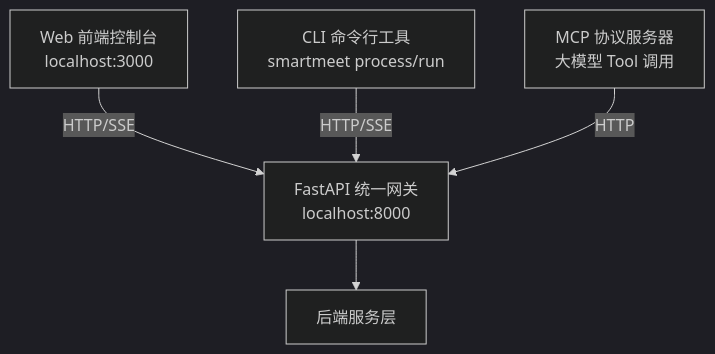
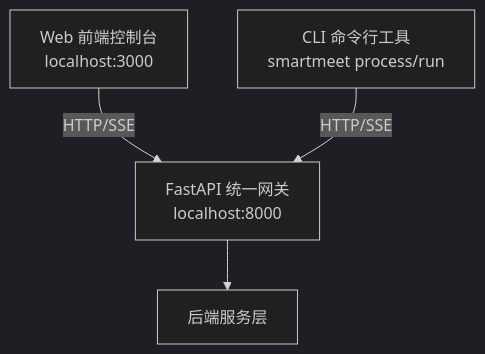
Before and after one commit to drfgjko/smartmeet-agent-suite: the fifth of 5 diagrams in docs/architecture.md, drawn with Mermaid (dark theme). The commit also changed other lines of this file and 4 other files, not shown here.

````diff
--- a/docs/architecture.md
+++ b/docs/architecture.md
@@ -307,14 +304,12 @@
 ```mermaid
 graph TB
     Web["Web 前端控制台<br/>localhost:3000"]
     CLI["CLI 命令行工具<br/>smartmeet process/run"]
-    MCP["MCP 协议服务器<br/>大模型 Tool 调用"]
     
     API["FastAPI 统一网关<br/>localhost:8000"]
     
     Web -->|HTTP/SSE| API
     CLI -->|HTTP/SSE| API
-    MCP -->|HTTP| API
     
     API --> Services["后端服务层"]
 ```
````
